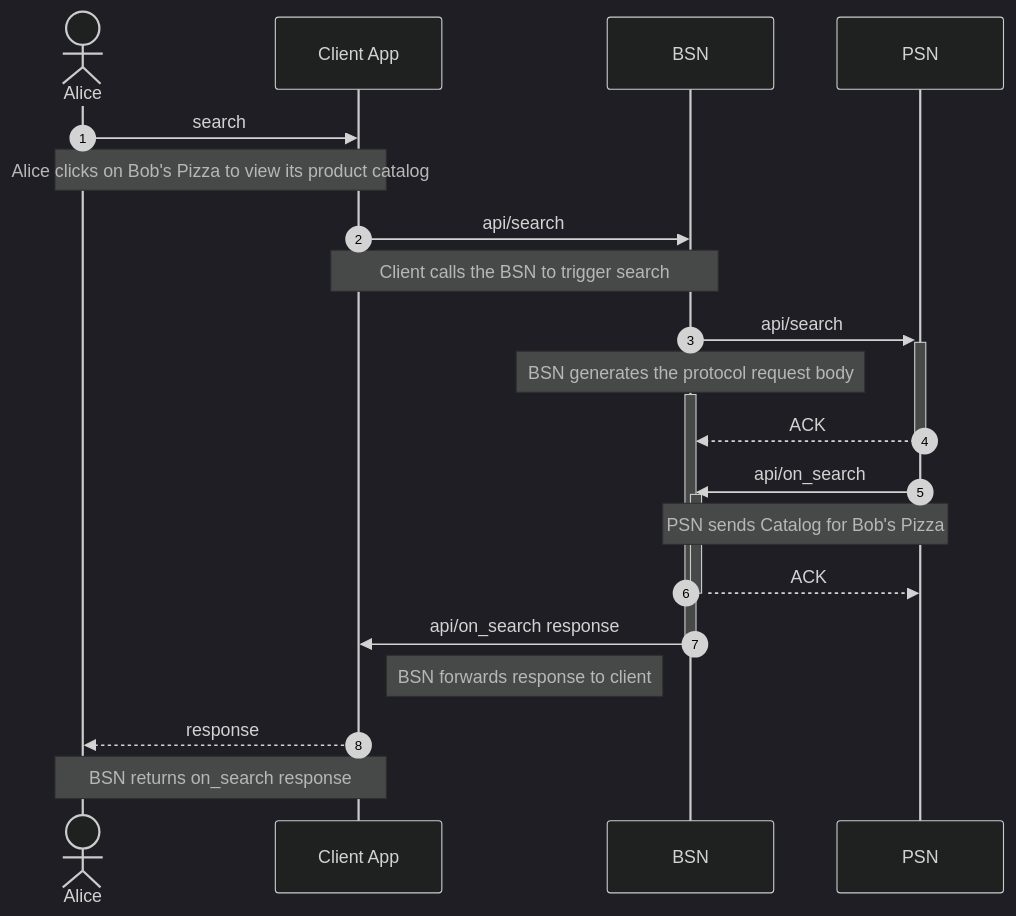
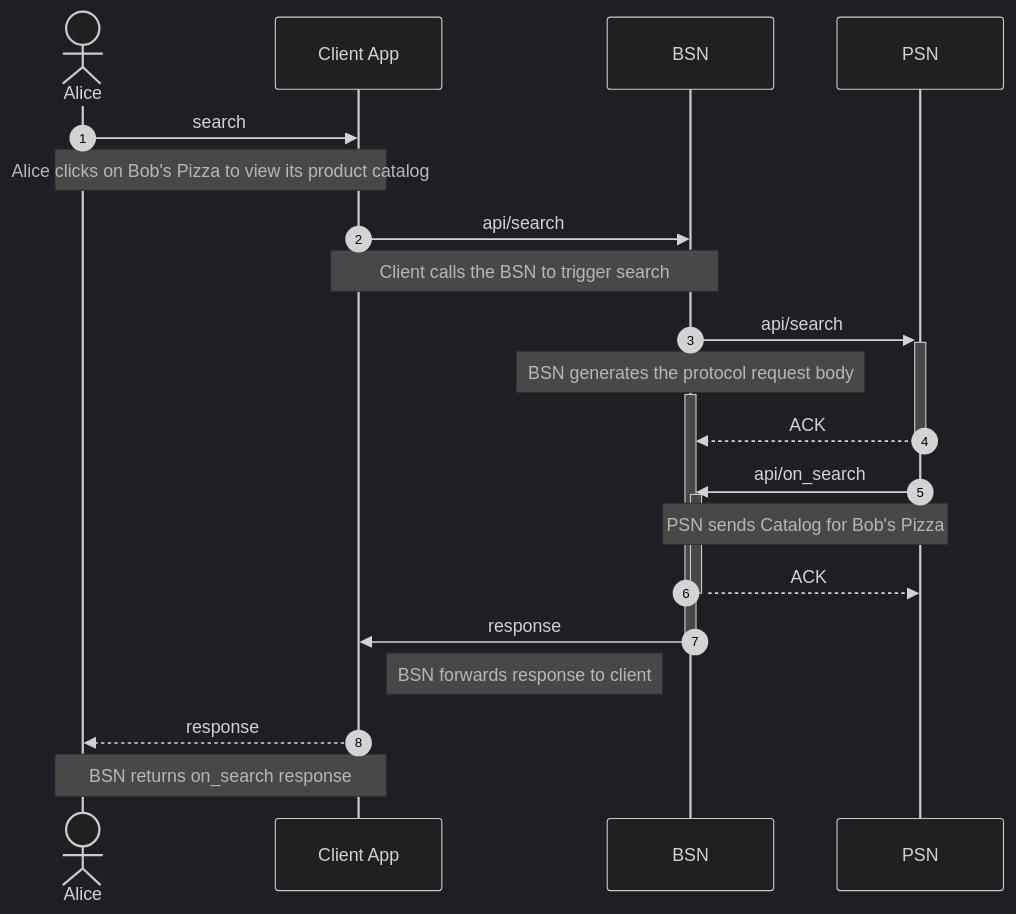
Before and after one commit to Palette-Labs-Inc/protocol: the fourth of 13 diagrams in docs/OVERVIEW.md, drawn with Mermaid (dark theme). The commit also changed other lines of this file, not shown here.

````diff
--- a/docs/OVERVIEW.md
+++ b/docs/OVERVIEW.md
@@ -139,25 +190,25 @@
 ```mermaid
 sequenceDiagram
     autonumber
     actor Alice
     participant ClientApp as Client App
     participant BSN
     participant PSN
 
     Alice->>ClientApp: search
     Note over Alice,ClientApp: Alice clicks on Bob's Pizza to view its product catalog
     ClientApp->>BSN: api/search
     Note over ClientApp,BSN: Client calls the BSN to trigger search
     BSN->>+PSN: api/search
     Note over BSN: BSN generates the protocol request body
     activate BSN
     PSN-->>-BSN: ACK
     PSN->>+BSN: api/on_search
     Note over BSN,PSN: PSN sends Catalog for Bob's Pizza
     BSN-->>PSN: ACK
     deactivate BSN
-    BSN->>-ClientApp: api/on_search response
+    BSN->>-ClientApp: response
     Note left of BSN: BSN forwards response to client
     ClientApp-->>Alice: response
     Note over ClientApp,Alice: BSN returns on_search response
 ```
````
